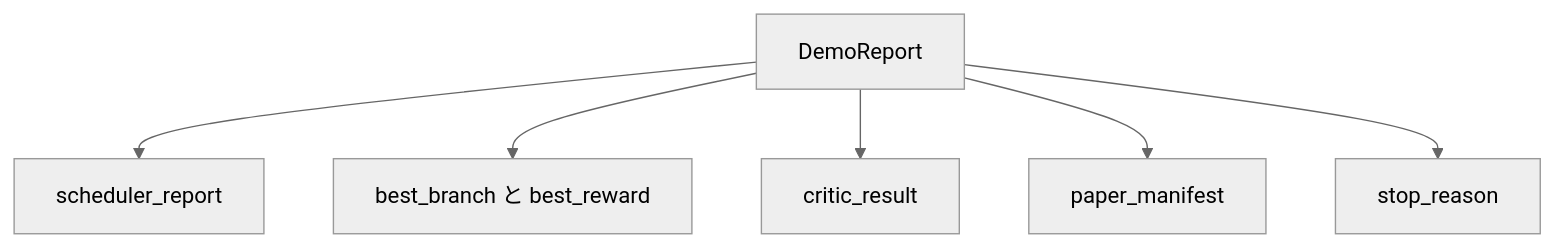
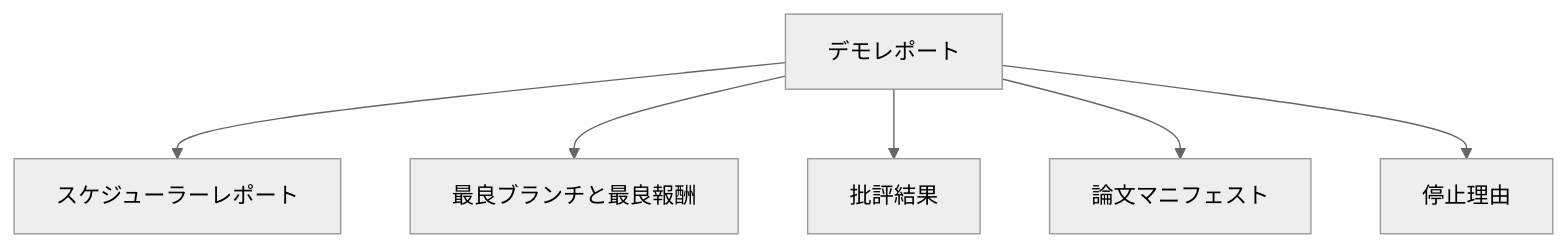
The third of 3 diagrams in content/phases/19-capstone-projects/57-end-to-end-research-demo/lesson.ja.md (shoshoshomen/synapse-academy), drawn with Mermaid (neutral theme) before and after one commit. The commit also changed other lines of this file and 124 other files, not shown here.

First line of the commit message:
feat(i18n): mermaid図のラベルを日本語化(194レッスン/374図)

````diff
--- a/content/phases/19-capstone-projects/57-end-to-end-research-demo/lesson.ja.md
+++ b/content/phases/19-capstone-projects/57-end-to-end-research-demo/lesson.ja.md
@@ -53,8 +53,8 @@
 ```mermaid
 flowchart TB
-    Rep[DemoReport] --> Sch[scheduler_report]
-    Rep --> Pick[best_branch と best_reward]
-    Rep --> Cri[critic_result]
-    Rep --> Pap[paper_manifest]
-    Rep --> Term[stop_reason]
+    Rep["デモレポート"] --> Sch["スケジューラーレポート"]
+    Rep --> Pick["最良ブランチと最良報酬"]
+    Rep --> Cri["批評結果"]
+    Rep --> Pap["論文マニフェスト"]
+    Rep --> Term["停止理由"]
 ```
````
